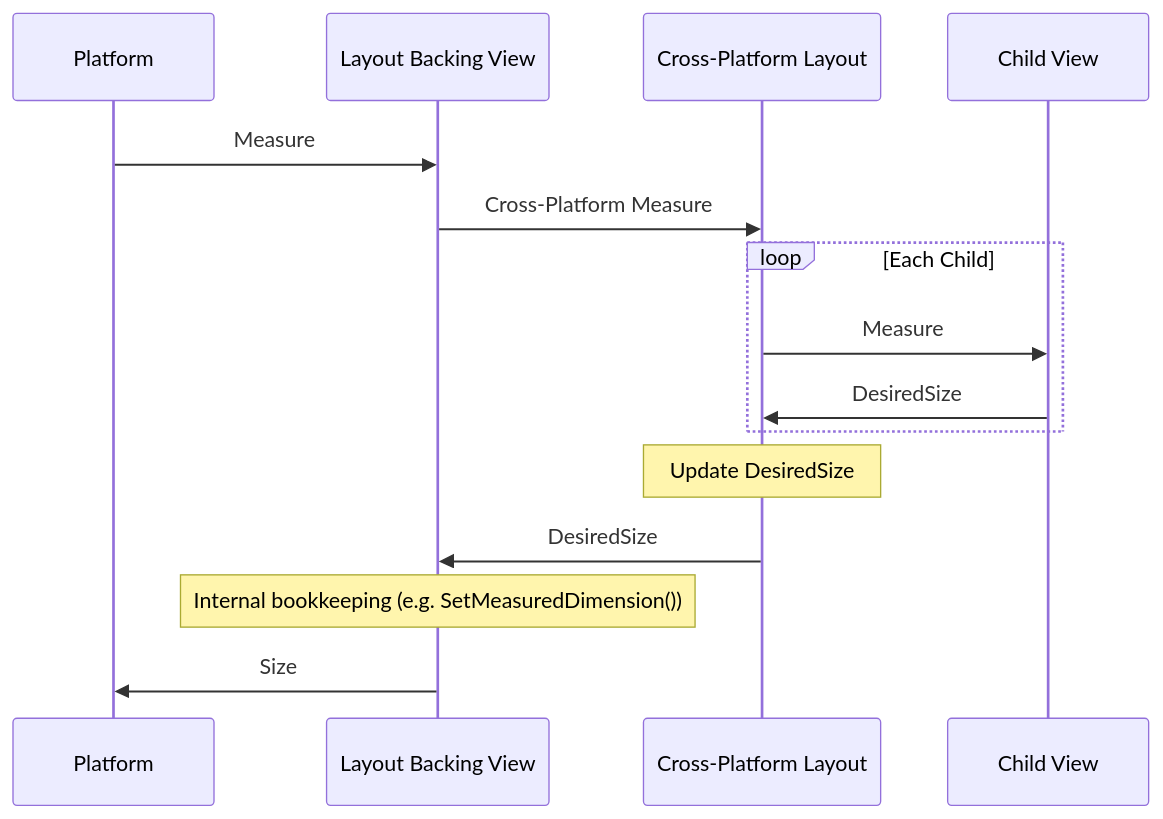
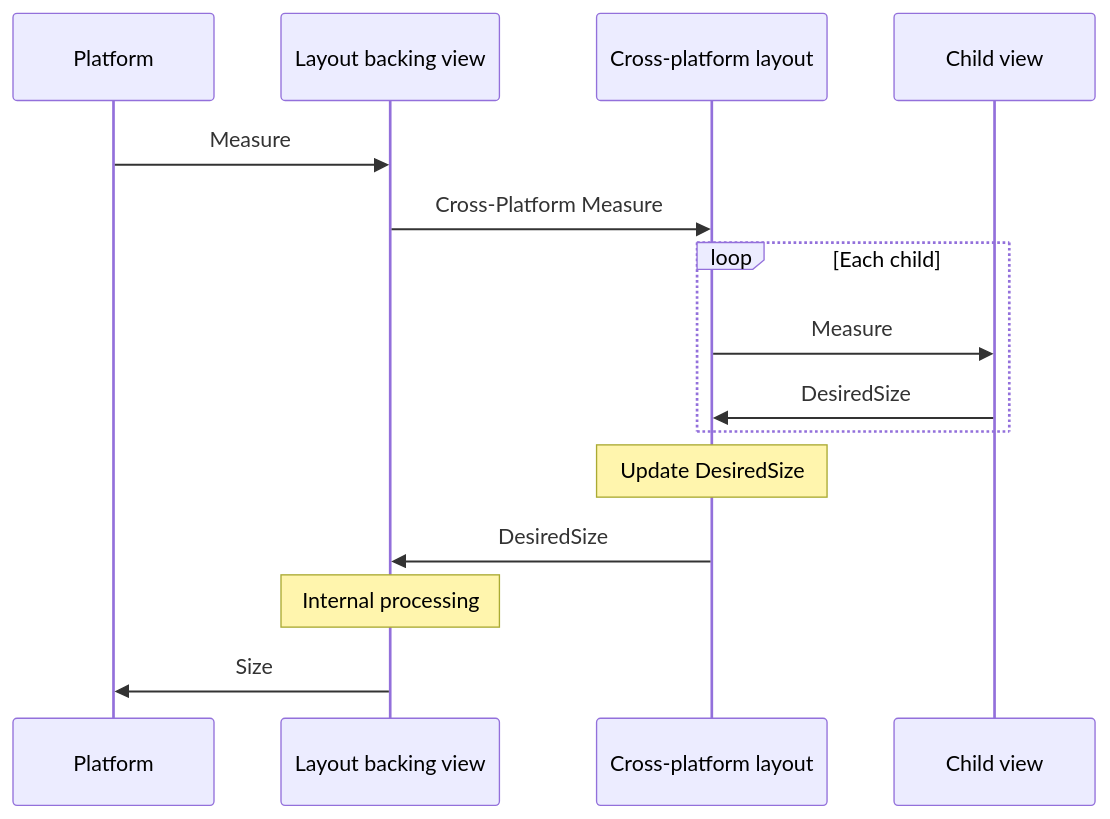
Before and after one commit to dotnet/docs-maui: the first of 2 diagrams in docs/user-interface/layouts/custom-layout.md, drawn with Mermaid. The commit also changed other lines of this file, not shown here.

````diff
--- a/docs/user-interface/layouts/custom-layout.md
+++ b/docs/user-interface/layouts/custom-layout.md
@@ -43,17 +43,17 @@
 ```mermaid
 sequenceDiagram
     participant P as Platform
-    participant BV as Layout Backing View
-    participant XV as Cross-Platform Layout
-    participant C as Child View
+    participant BV as Layout backing view
+    participant XV as Cross-platform layout
+    participant C as Child view
     P->>BV: Measure
     BV->>XV: Cross-Platform Measure
-    loop Each Child
+    loop Each child
         XV->>C: Measure
         C->>XV: DesiredSize
     end
     Note over XV: Update DesiredSize
     XV->>BV: DesiredSize
-    Note over BV: Internal bookkeeping (e.g. SetMeasuredDimension())
+    Note over BV: Internal processing
     BV->>P: Size
 ```
````
